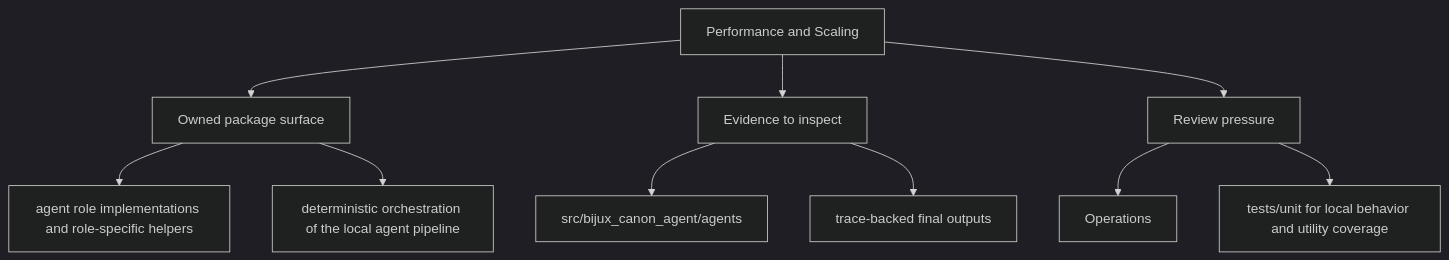
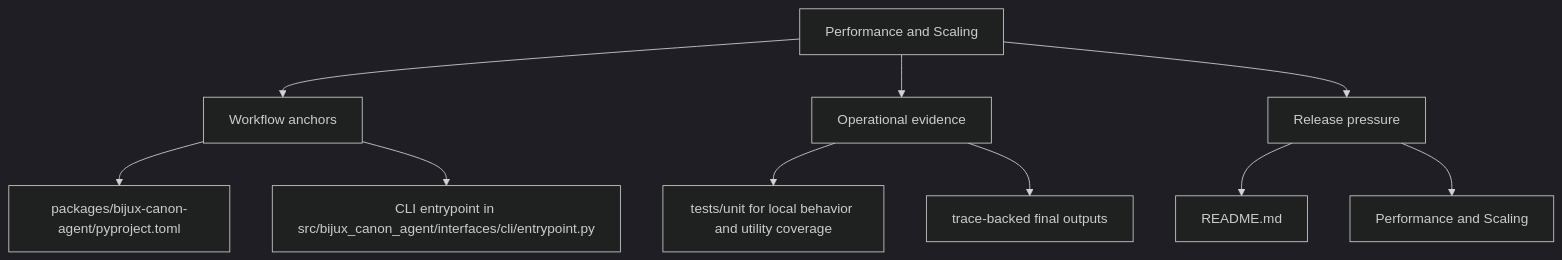
The second of 2 diagrams in docs/bijux-canon-agent/operations/performance-and-scaling.md (bijux/bijux-canon), drawn with Mermaid (dark theme) before and after one commit. The commit also changed other lines of this file and 250 other files, not shown here.

Commit message:
docs(diagrams): make product page maps more readable

````diff
--- a/docs/bijux-canon-agent/operations/performance-and-scaling.md
+++ b/docs/bijux-canon-agent/operations/performance-and-scaling.md
@@ -34,22 +34,22 @@
 ```mermaid
 flowchart TD
     page["Performance and Scaling"]
-    focus1["Owned package surface"]
+    focus1["Workflow anchors"]
     page --> focus1
-    focus1_1["agent role implementations and role-specific helpers"]
+    focus1_1["packages/bijux-canon-agent/pyproject.toml"]
     focus1 --> focus1_1
-    focus1_2["deterministic orchestration of the local agent pipeline"]
+    focus1_2["CLI entrypoint in src/bijux_canon_agent/interfaces/cli/entrypoint.py"]
     focus1 --> focus1_2
-    focus2["Evidence to inspect"]
+    focus2["Operational evidence"]
     page --> focus2
-    focus2_1["src/bijux_canon_agent/agents"]
+    focus2_1["tests/unit for local behavior and utility coverage"]
     focus2 --> focus2_1
     focus2_2["trace-backed final outputs"]
     focus2 --> focus2_2
-    focus3["Review pressure"]
+    focus3["Release pressure"]
     page --> focus3
-    focus3_1["Operations"]
+    focus3_1["README.md"]
     focus3 --> focus3_1
-    focus3_2["tests/unit for local behavior and utility coverage"]
+    focus3_2["Performance and Scaling"]
     focus3 --> focus3_2
 ```
````
